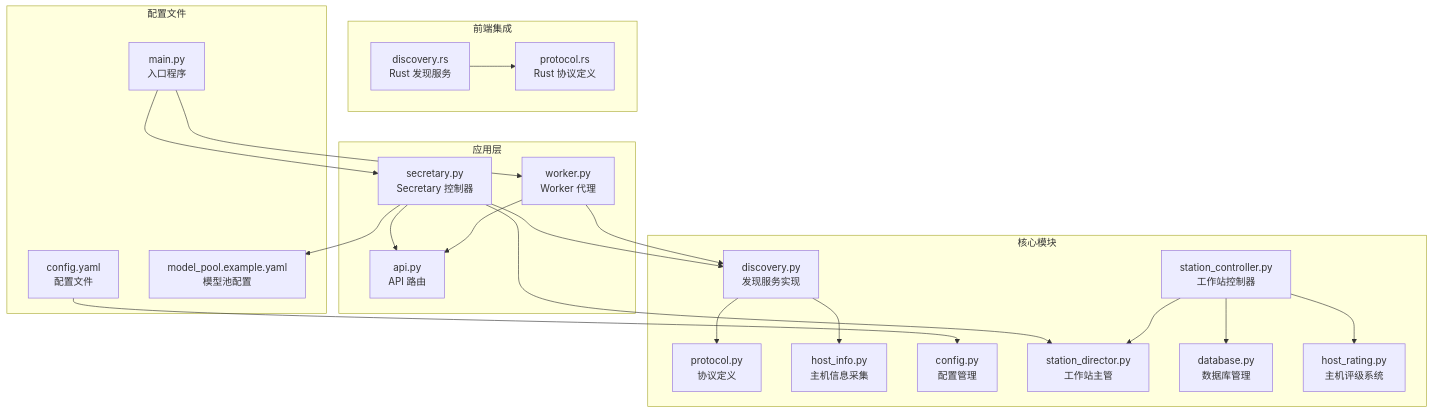
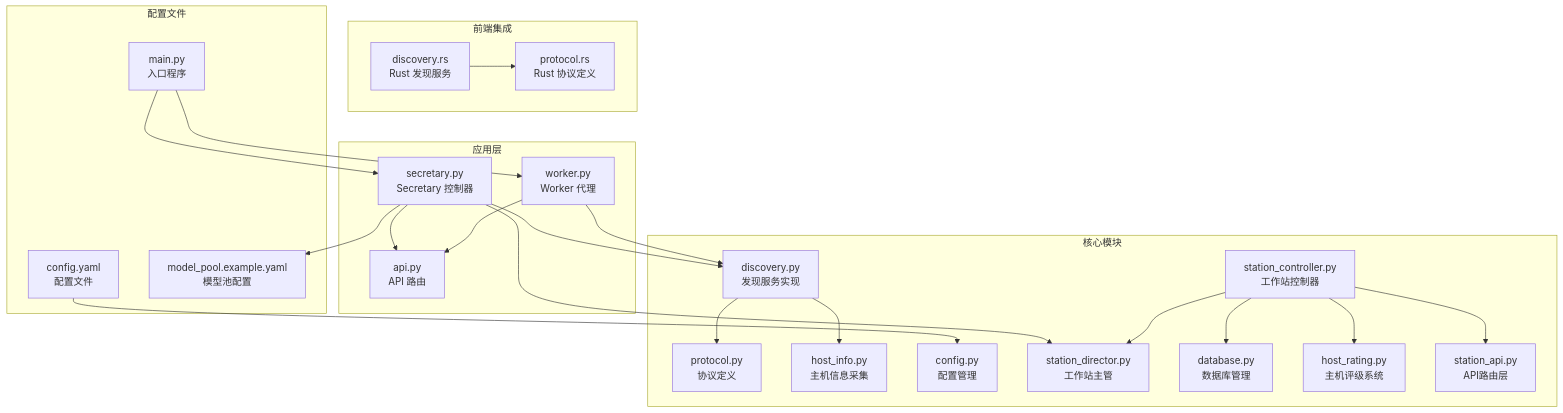
The first of 18 diagrams in .qoder/repowiki/zh/content/核心模块/设备发现系统.md (targalian/Personal-distributed-workstation), drawn with Mermaid before and after one commit. The commit also changed other lines of this file and 69 other files, not shown here.

````diff
--- a/.qoder/repowiki/zh/content/核心模块/设备发现系统.md
+++ b/.qoder/repowiki/zh/content/核心模块/设备发现系统.md
@@ -62,42 +64,44 @@
 ```mermaid
 graph TB
 subgraph "核心模块"
 A[discovery.py<br/>发现服务实现]
 B[protocol.py<br/>协议定义]
 C[host_info.py<br/>主机信息采集]
 D[config.py<br/>配置管理]
 E[station_controller.py<br/>工作站控制器]
 F[station_director.py<br/>工作站主管]
 G[database.py<br/>数据库管理]
 H[host_rating.py<br/>主机评级系统]
+I[station_api.py<br/>API路由层]
 end
 subgraph "应用层"
-I[secretary.py<br/>Secretary 控制器]
-J[worker.py<br/>Worker 代理]
-K[api.py<br/>API 路由]
+J[secretary.py<br/>Secretary 控制器]
+K[worker.py<br/>Worker 代理]
+L[api.py<br/>API 路由]
 end
 subgraph "前端集成"
-L[discovery.rs<br/>Rust 发现服务]
-M[protocol.rs<br/>Rust 协议定义]
+M[discovery.rs<br/>Rust 发现服务]
+N[protocol.rs<br/>Rust 协议定义]
 end
 subgraph "配置文件"
-N[config.yaml<br/>配置文件]
-O[main.py<br/>入口程序]
-P[model_pool.example.yaml<br/>模型池配置]
+O[config.yaml<br/>配置文件]
+P[main.py<br/>入口程序]
+Q[model_pool.example.yaml<br/>模型池配置]
 end
 A --> B
 A --> C
-I --> A
-I --> F
 J --> A
-I --> K
-J --> K
+J --> F
+K --> A
+J --> L
+K --> L
 E --> G
 E --> H
 E --> F
-L --> M
-N --> D
-O --> I
-O --> J
-I --> P
+E --> I
+M --> N
+O --> D
+P --> J
+P --> K
+J --> Q
 ```
````
